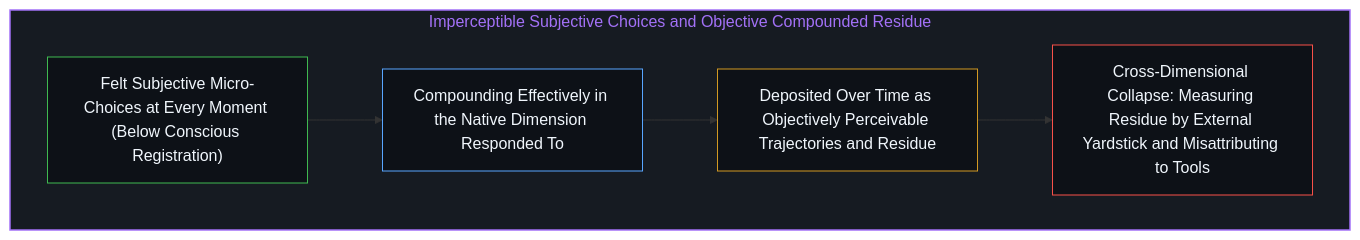
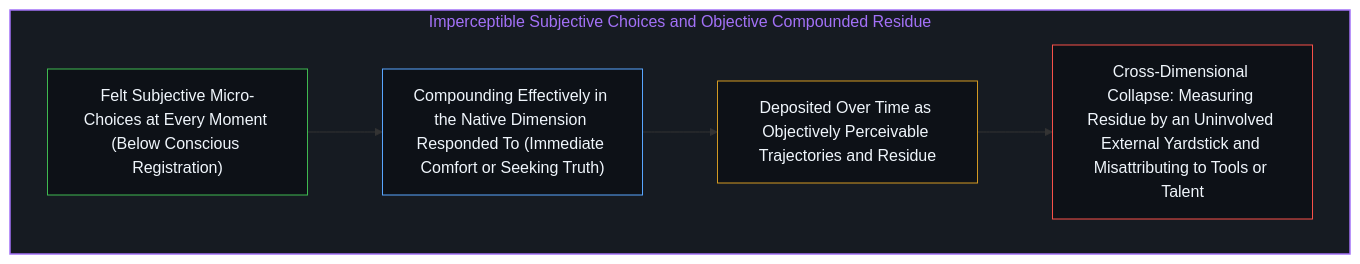
The second of 4 diagrams in content/posts/the_illegible_compound_retraced.md (powerpig99/not-a-toe), drawn with Mermaid before and after one commit. The commit also changed other lines of this file and 6 other files, not shown here.

````diff
--- a/content/posts/the_illegible_compound_retraced.md
+++ b/content/posts/the_illegible_compound_retraced.md
@@ -37,13 +37,13 @@
 ```mermaid
 graph TD
     subgraph S_Compound["Imperceptible Subjective Choices and Objective Compounded Residue"]
-        C1["Felt Subjective Micro-Choices at Every Moment (Below Conscious Registration)"] --> C2["Compounding Effectively in the Native Dimension Responded To"]
+        C1["Felt Subjective Micro-Choices at Every Moment (Below Conscious Registration)"] --> C2["Compounding Effectively in the Native Dimension Responded To (Immediate Comfort or Seeking Truth)"]
         C2 --> C3["Deposited Over Time as Objectively Perceivable Trajectories and Residue"]
-        C3 --> C4["Cross-Dimensional Collapse: Measuring Residue by External Yardstick and Misattributing to Tools"]
+        C3 --> C4["Cross-Dimensional Collapse: Measuring Residue by an Uninvolved External Yardstick and Misattributing to Tools or Talent"]
     end
     style S_Compound fill:#161b22,stroke:#a371f7,stroke-width:1.5px,color:#a371f7
     style C1 fill:#0d1117,stroke:#3fb950,stroke-width:1px,color:#f0f6fc
     style C2 fill:#0d1117,stroke:#58a6ff,stroke-width:1px,color:#f0f6fc
     style C3 fill:#0d1117,stroke:#d29922,stroke-width:1px,color:#f0f6fc
     style C4 fill:#0d1117,stroke:#f85149,stroke-width:1px,color:#f0f6fc
 ```
````
